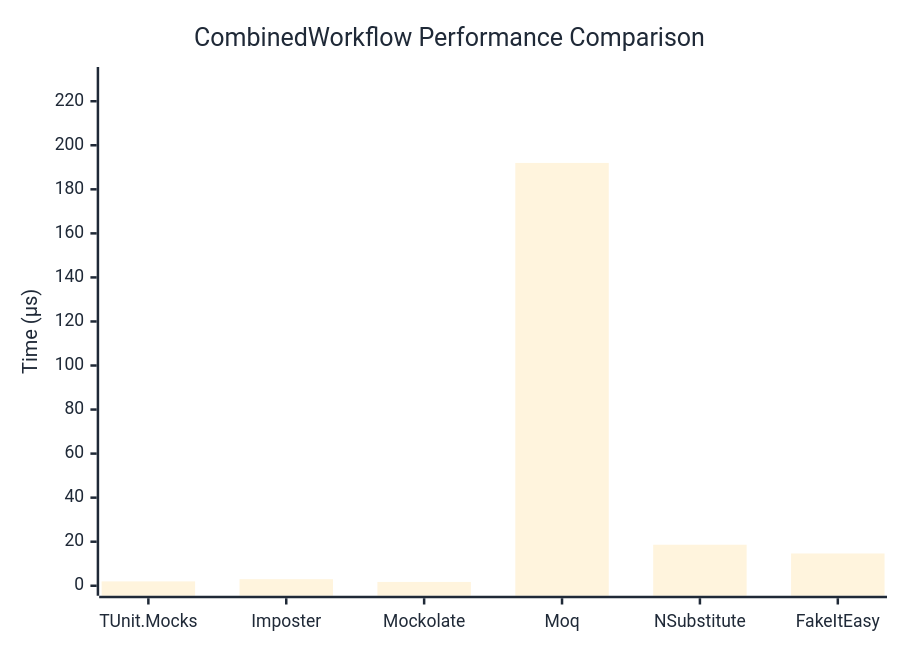
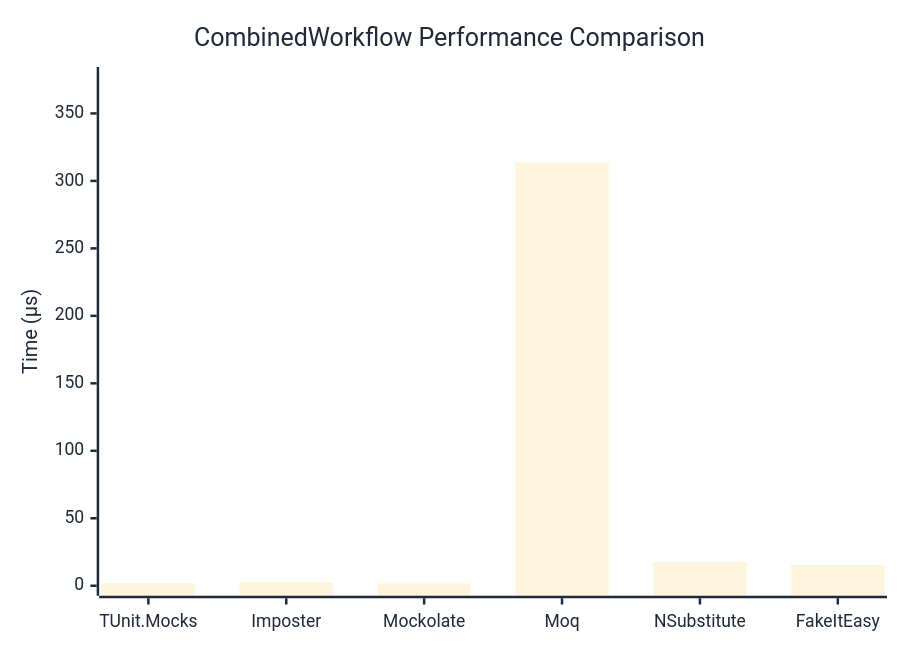
The diagram in docs/docs/benchmarks/mocks/CombinedWorkflow.md (thomhurst/TUnit), drawn with Mermaid before and after one commit. The commit also changed other lines of this file and 14 other files, not shown here.

````diff
--- a/docs/docs/benchmarks/mocks/CombinedWorkflow.md
+++ b/docs/docs/benchmarks/mocks/CombinedWorkflow.md
@@ -30,27 +30,27 @@
 ```mermaid
 %%{init: {
   'theme':'base',
   'themeVariables': {
     'primaryColor': '#2563eb',
     'primaryTextColor': '#1f2937',
     'primaryBorderColor': '#1e40af',
     'lineColor': '#6b7280',
     'secondaryColor': '#7c3aed',
     'tertiaryColor': '#dc2626',
     'background': '#ffffff',
     'pie1': '#2563eb',
     'pie2': '#7c3aed',
     'pie3': '#dc2626',
     'pie4': '#f59e0b',
     'pie5': '#10b981',
     'pie6': '#06b6d4',
     'pie7': '#ec4899',
     'pie8': '#6366f1'
   }
 }}%%
 xychart-beta
   title "CombinedWorkflow Performance Comparison"
   x-axis ["TUnit.Mocks", "Imposter", "Mockolate", "Moq", "NSubstitute", "FakeItEasy"]
-  y-axis "Time (μs)" 0 --> 231
-  bar [1.981, 2.984, 1.729, 191.985, 18.627, 14.66]
+  y-axis "Time (μs)" 0 --> 377
+  bar [1.884, 2.601, 1.659, 313.752, 17.693, 15.517]
 ```
````
